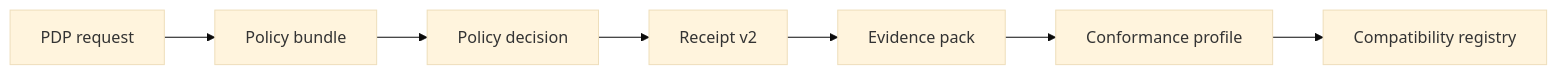
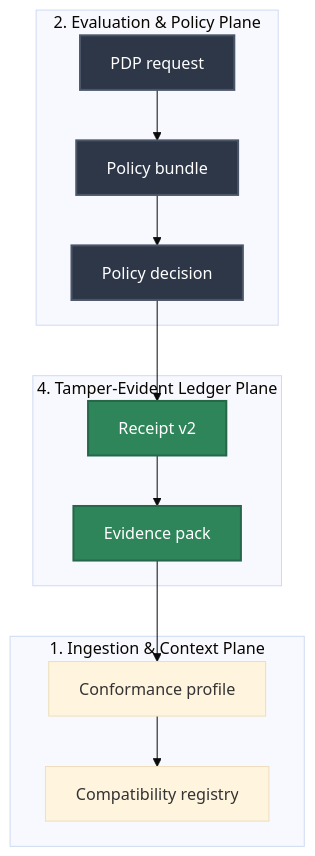
One commit to Mindburn-Labs/helm-ai-kernel changed the diagram in docs/REFERENCE_PROTOCOLS.md. Above: the diagram before and after it, drawn with Mermaid (base theme). The commit also changed other lines of this file and 330 other files, not shown here.

````diff
--- a/docs/REFERENCE_PROTOCOLS.md
+++ b/docs/REFERENCE_PROTOCOLS.md
@@ -23,9 +23,33 @@
 ```mermaid
-flowchart LR
-  request["PDP request"] --> policy["Policy bundle"]
-  policy --> decision["Policy decision"]
-  decision --> receipt["Receipt v2"]
-  receipt --> evidence["Evidence pack"]
-  evidence --> conformance["Conformance profile"]
-  conformance --> registry["Compatibility registry"]
+flowchart TD
+    subgraph Ingestion["1. Ingestion & Context Plane"]
+        conformance["Conformance profile"]
+        registry["Compatibility registry"]
+    end
+
+    subgraph Evaluation["2. Evaluation & Policy Plane"]
+        request["PDP request"]
+        policy["Policy bundle"]
+        decision["Policy decision"]
+    end
+
+    subgraph Ledger["4. Tamper-Evident Ledger Plane"]
+        receipt["Receipt v2"]
+        evidence["Evidence pack"]
+    end
+
+    %% Operational Flow Edges
+    request --> policy
+    policy --> decision
+    decision --> receipt
+    receipt --> evidence
+    evidence --> conformance
+    conformance --> registry
+
+    %% Premium Styling Rules
+    style request fill:#2d3748,stroke:#4a5568,stroke-width:2px,color:#fff
+    style policy fill:#2d3748,stroke:#4a5568,stroke-width:2px,color:#fff
+    style decision fill:#2d3748,stroke:#4a5568,stroke-width:2px,color:#fff
+    style receipt fill:#2f855a,stroke:#276749,stroke-width:2px,color:#fff
+    style evidence fill:#2f855a,stroke:#276749,stroke-width:2px,color:#fff
 ```
````
